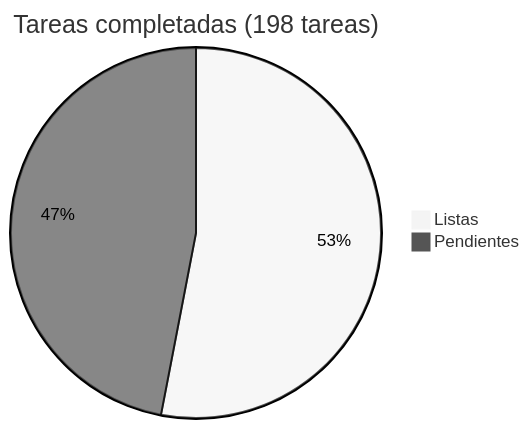
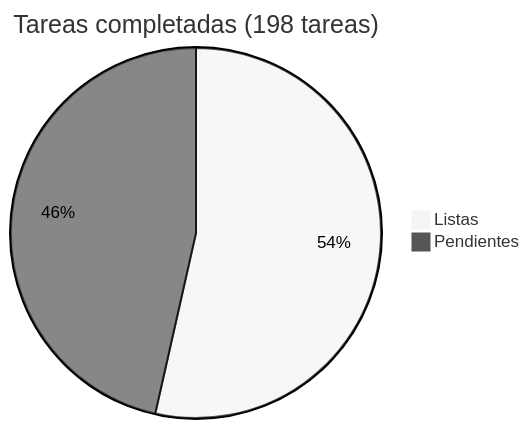
The diagram in docs/roadmap/README.md (araguaney-lat/araguaney), drawn with Mermaid (neutral theme) before and after one commit. The commit also changed other lines of this file and 4 other files, not shown here.

````diff
--- a/docs/roadmap/README.md
+++ b/docs/roadmap/README.md
@@ -5,5 +5,5 @@
 ```mermaid
 pie title Tareas completadas (198 tareas)
-    "Listas" : 105
-    "Pendientes" : 93
+    "Listas" : 106
+    "Pendientes" : 92
 ```
````
